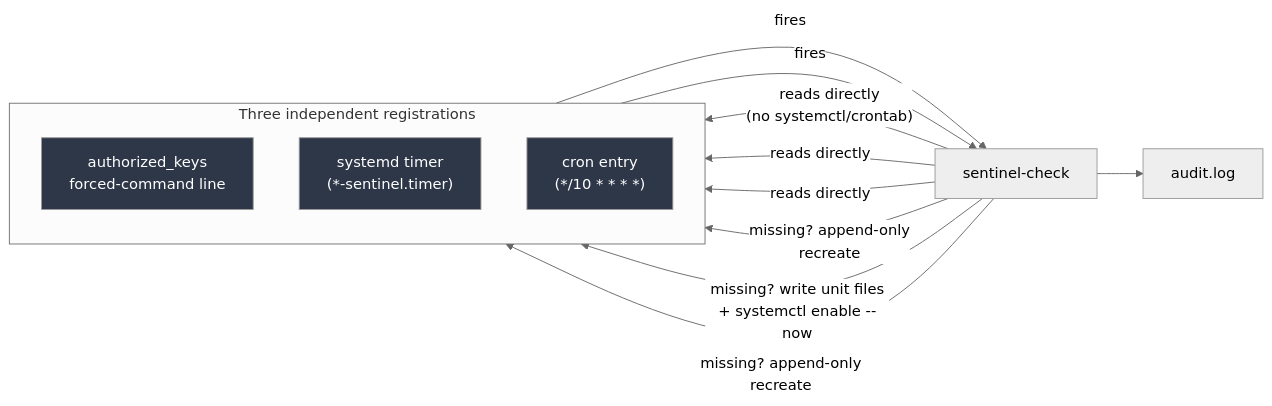
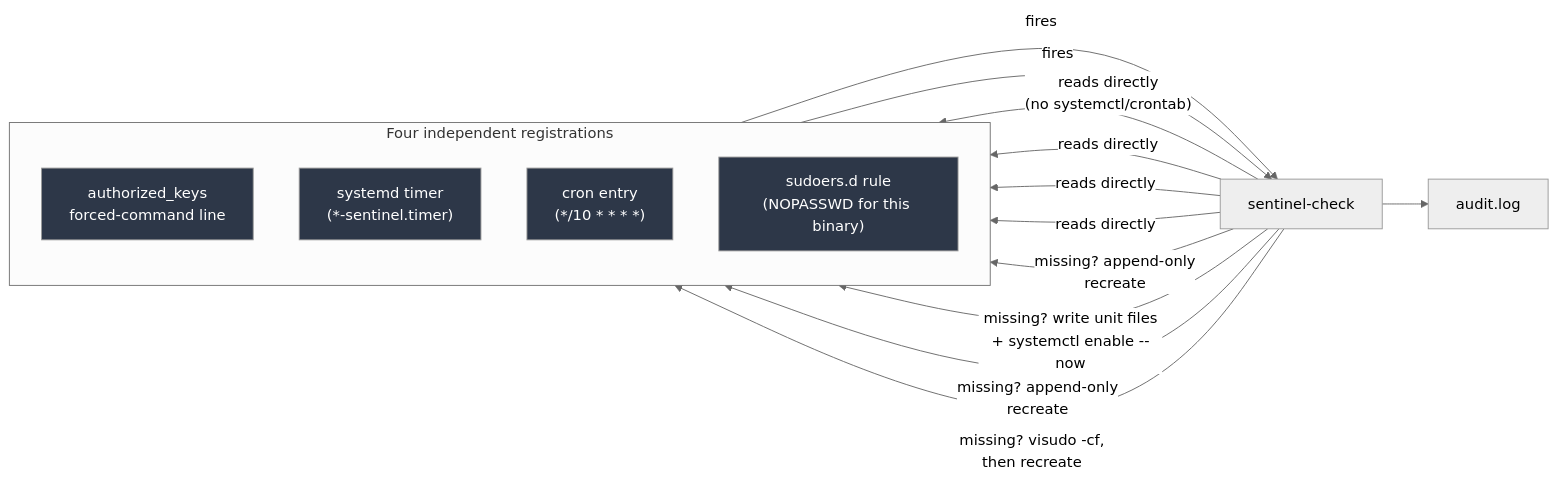
The second of 7 diagrams in docs/ARCHITECTURE.md (cofcsecurity/warden), drawn with Mermaid (neutral theme) before and after one commit. The commit also changed other lines of this file and 11 other files, not shown here.

````diff
--- a/docs/ARCHITECTURE.md
+++ b/docs/ARCHITECTURE.md
@@ -83,26 +83,30 @@
 ```mermaid
 flowchart LR
-    subgraph Registrations["Three independent registrations"]
+    subgraph Registrations["Four independent registrations"]
         direction TB
         R1["authorized_keys\nforced-command line"]
         R2["systemd timer\n(*-sentinel.timer)"]
         R3["cron entry\n(*/10 * * * *)"]
+        R4["sudoers.d rule\n(NOPASSWD for this binary)"]
     end
 
     R2 -- "fires" --> SC["sentinel-check"]
     R3 -- "fires" --> SC
 
     SC -- "reads directly\n(no systemctl/crontab)" --> R1
     SC -- "reads directly" --> R2
     SC -- "reads directly" --> R3
+    SC -- "reads directly" --> R4
 
     SC -- "missing? append-only\nrecreate" --> R1
     SC -- "missing? write unit files\n+ systemctl enable --now" --> R2
     SC -- "missing? append-only\nrecreate" --> R3
+    SC -- "missing? visudo -cf,\nthen recreate" --> R4
 
     SC --> AL["audit.log"]
 
     style R1 fill:#2d3748,color:#fff
     style R2 fill:#2d3748,color:#fff
     style R3 fill:#2d3748,color:#fff
+    style R4 fill:#2d3748,color:#fff
 ```
````
